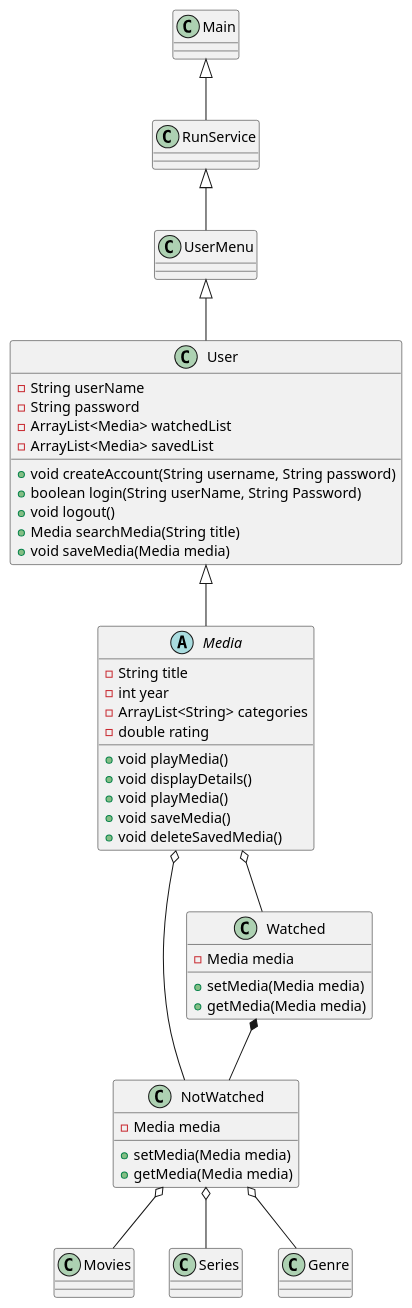
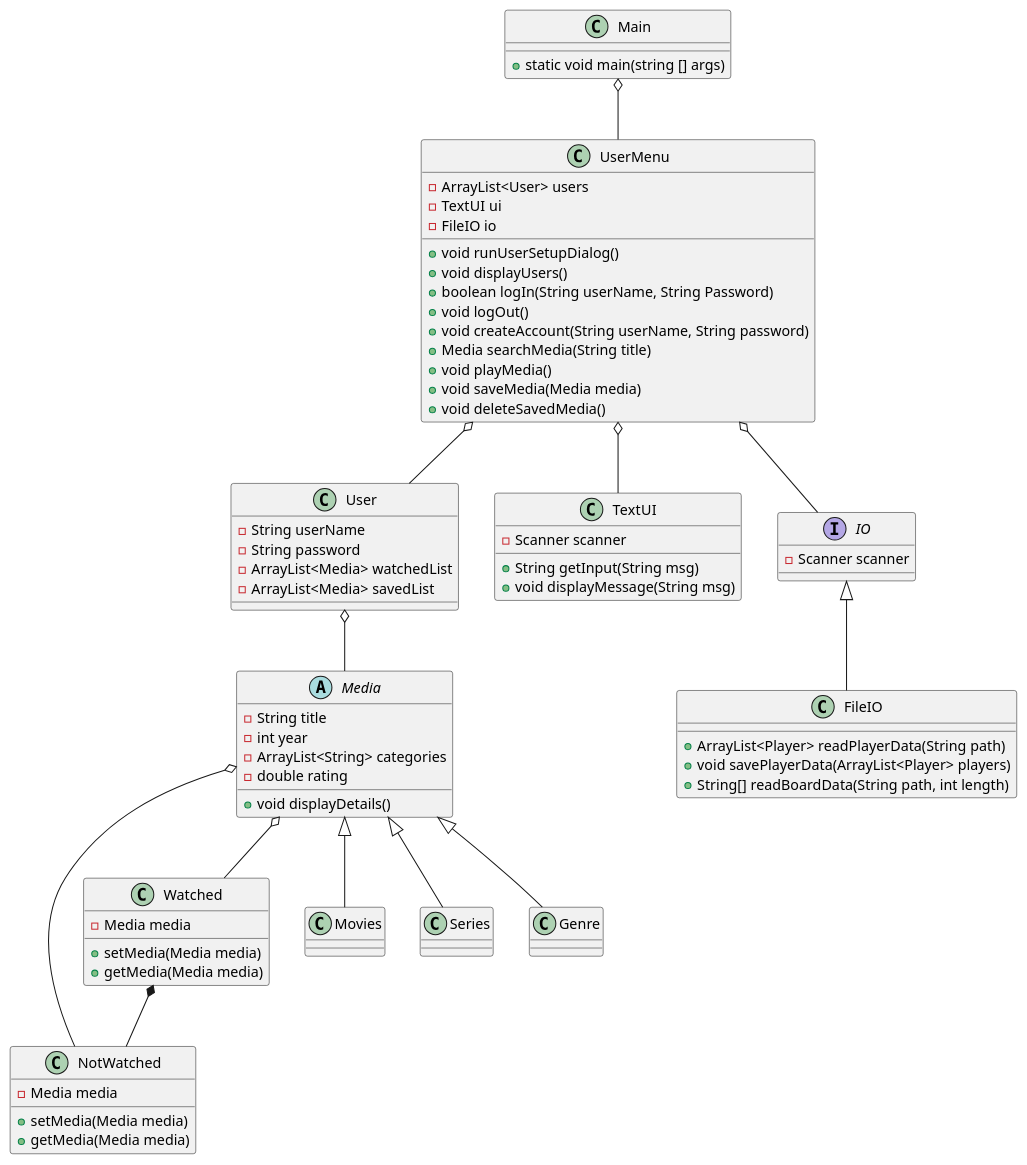
Before and after one commit to Zeudiac/SP3: the diagram in SP3/doc/ClassDiagram.puml, drawn with PlantUML.

```diff
--- a/SP3/doc/ClassDiagram.puml
+++ b/SP3/doc/ClassDiagram.puml
@@ -1,68 +1,97 @@
 @startuml
 
 class UserMenu
 abstract class Media
 class NotWatched
 class Watched
 class Movies
 class Series
 class Genre
 class User
-class RunService
 class Main
+class FileIO
+class TextUI
+Interface IO
 
-Main <|-- RunService
-UserMenu <|-- User
+Main o-- UserMenu
+UserMenu o-- User
 
-RunService <|-- UserMenu
+UserMenu o-- TextUI
+UserMenu o-- IO
+IO <|-- FileIO
 
-User <|-- Media
+User o-- Media
 
 Media o-- NotWatched
 Media o-- Watched
 
-NotWatched o-- Movies
-NotWatched o-- Series
-NotWatched o-- Genre
-
+Media <|-- Movies
+Media <|-- Series
+Media <|-- Genre
 
 Watched *-- NotWatched
+
+Interface IO{
+- Scanner scanner
+}
+
+class Main{
+  + static void main(string [] args)
+}
+
+class TextUI{
+  + String getInput(String msg)
+  - Scanner scanner
+  + void displayMessage(String msg)
+}
+
+class FileIO{
+  + ArrayList<Player> readPlayerData(String path)
+  + void savePlayerData(ArrayList<Player> players)
+  + String[] readBoardData(String path, int length)
+}
+
+class UserMenu{
+  - ArrayList<User> users
+  - TextUI ui
+  - FileIO io
+
+  + void runUserSetupDialog()
+  + void displayUsers()
+  + boolean logIn(String userName, String Password)
+  + void logOut()
+  + void createAccount(String userName, String password)
+  + Media searchMedia(String title)
+  + void playMedia()
+  + void saveMedia(Media media)
+  + void deleteSavedMedia()
+}
+
+class User {
+  - String userName
+  - String password
+  - ArrayList<Media> watchedList
+  - ArrayList<Media> savedList
+}
 
 abstract class Media {
   - String title
   - int year
   - ArrayList<String> categories
   - double rating
-  + void playMedia()
   + void displayDetails()
-  + void playMedia()
-  + void saveMedia()
-  + void deleteSavedMedia()
-}
-
-class User {
-  -String userName
-  -String password
-  - ArrayList<Media> watchedList
-  - ArrayList<Media> savedList
-  + void createAccount(String username, String password)
-  + boolean login(String userName, String Password)
-  + void logout()
-  + Media searchMedia(String title)
-  + void saveMedia(Media media)
 }
 
 class Watched{
   - Media media
   + setMedia(Media media)
   + getMedia(Media media)
 }
 
 class NotWatched{
   - Media media
   + setMedia(Media media)
   + getMedia(Media media)
 }
 
-}
 @enduml
```
